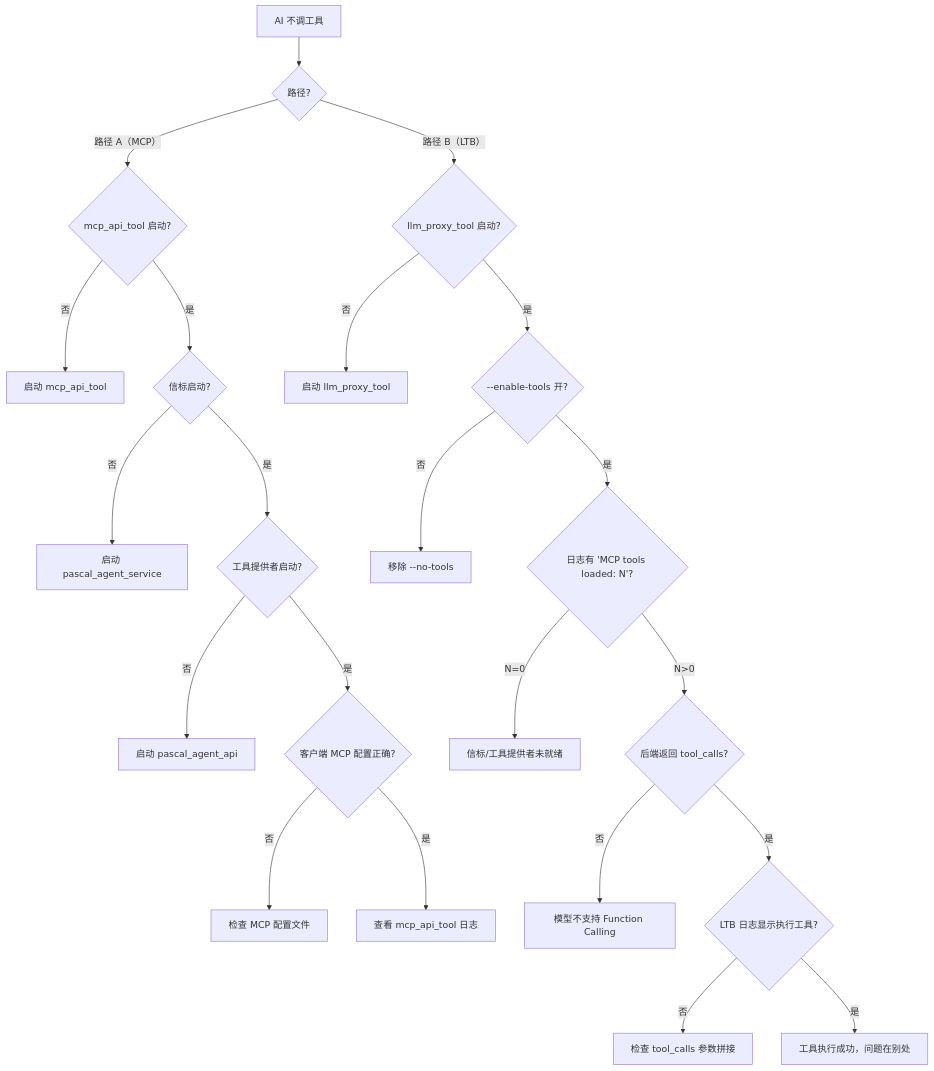
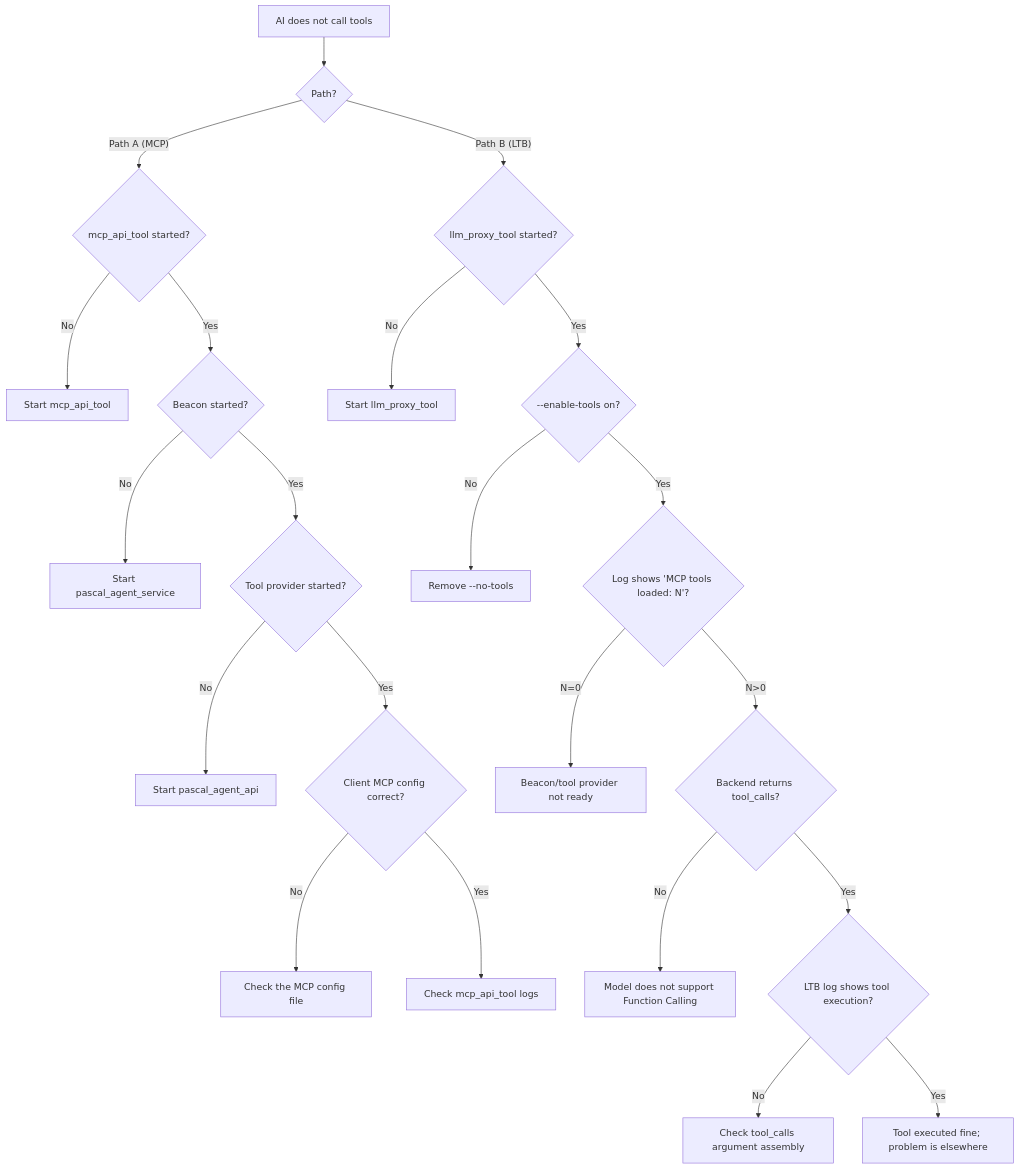
One commit to PassByYou888/LingoFuse-Tools changed the ninth of 15 diagrams in src/pascal_c_to_mcp/code_decl_to_mcp_knowledge_base.md. Above: the diagram before and after it, drawn with Mermaid. The commit also changed other lines of this file, not shown here.

````diff
--- a/src/pascal_c_to_mcp/code_decl_to_mcp_knowledge_base.md
+++ b/src/pascal_c_to_mcp/code_decl_to_mcp_knowledge_base.md
@@ -1587,25 +1588,25 @@
 ```mermaid
 flowchart TD
-    START["AI 不调工具"] --> Q1{"路径?"}
-    Q1 -- "路径 A（MCP）" --> A1{"mcp_api_tool 启动?"}
-    A1 -- 否 --> AX1["启动 mcp_api_tool"]
-    A1 -- 是 --> A2{"信标启动?"}
-    A2 -- 否 --> AX2["启动 pascal_agent_service"]
-    A2 -- 是 --> A3{"工具提供者启动?"}
-    A3 -- 否 --> AX3["启动 pascal_agent_api"]
-    A3 -- 是 --> A4{"客户端 MCP 配置正确?"}
-    A4 -- 否 --> AX4["检查 MCP 配置文件"]
-    A4 -- 是 --> A5["查看 mcp_api_tool 日志"]
+    START["AI does not call tools"] --> Q1{"Path?"}
+    Q1 -- "Path A (MCP)" --> A1{"mcp_api_tool started?"}
+    A1 -- No --> AX1["Start mcp_api_tool"]
+    A1 -- Yes --> A2{"Beacon started?"}
+    A2 -- No --> AX2["Start pascal_agent_service"]
+    A2 -- Yes --> A3{"Tool provider started?"}
+    A3 -- No --> AX3["Start pascal_agent_api"]
+    A3 -- Yes --> A4{"Client MCP config correct?"}
+    A4 -- No --> AX4["Check the MCP config file"]
+    A4 -- Yes --> A5["Check mcp_api_tool logs"]
 
-    Q1 -- "路径 B（LTB）" --> B1{"llm_proxy_tool 启动?"}
-    B1 -- 否 --> BX1["启动 llm_proxy_tool"]
-    B1 -- 是 --> B2{"--enable-tools 开?"}
-    B2 -- 否 --> BX2["移除 --no-tools"]
-    B2 -- 是 --> B3{"日志有 'MCP tools loaded: N'?"}
-    B3 -- "N=0" --> BX3["信标/工具提供者未就绪"]
-    B3 -- "N>0" --> B4{"后端返回 tool_calls?"}
-    B4 -- 否 --> BX4["模型不支持 Function Calling"]
-    B4 -- 是 --> B5{"LTB 日志显示执行工具?"}
-    B5 -- 否 --> BX5["检查 tool_calls 参数拼接"]
-    B5 -- 是 --> BX6["工具执行成功，问题在别处"]
+    Q1 -- "Path B (LTB)" --> B1{"llm_proxy_tool started?"}
+    B1 -- No --> BX1["Start llm_proxy_tool"]
+    B1 -- Yes --> B2{"--enable-tools on?"}
+    B2 -- No --> BX2["Remove --no-tools"]
+    B2 -- Yes --> B3{"Log shows 'MCP tools loaded: N'?"}
+    B3 -- "N=0" --> BX3["Beacon/tool provider not ready"]
+    B3 -- "N>0" --> B4{"Backend returns tool_calls?"}
+    B4 -- No --> BX4["Model does not support Function Calling"]
+    B4 -- Yes --> B5{"LTB log shows tool execution?"}
+    B5 -- No --> BX5["Check tool_calls argument assembly"]
+    B5 -- Yes --> BX6["Tool executed fine; problem is elsewhere"]
 ```
````
